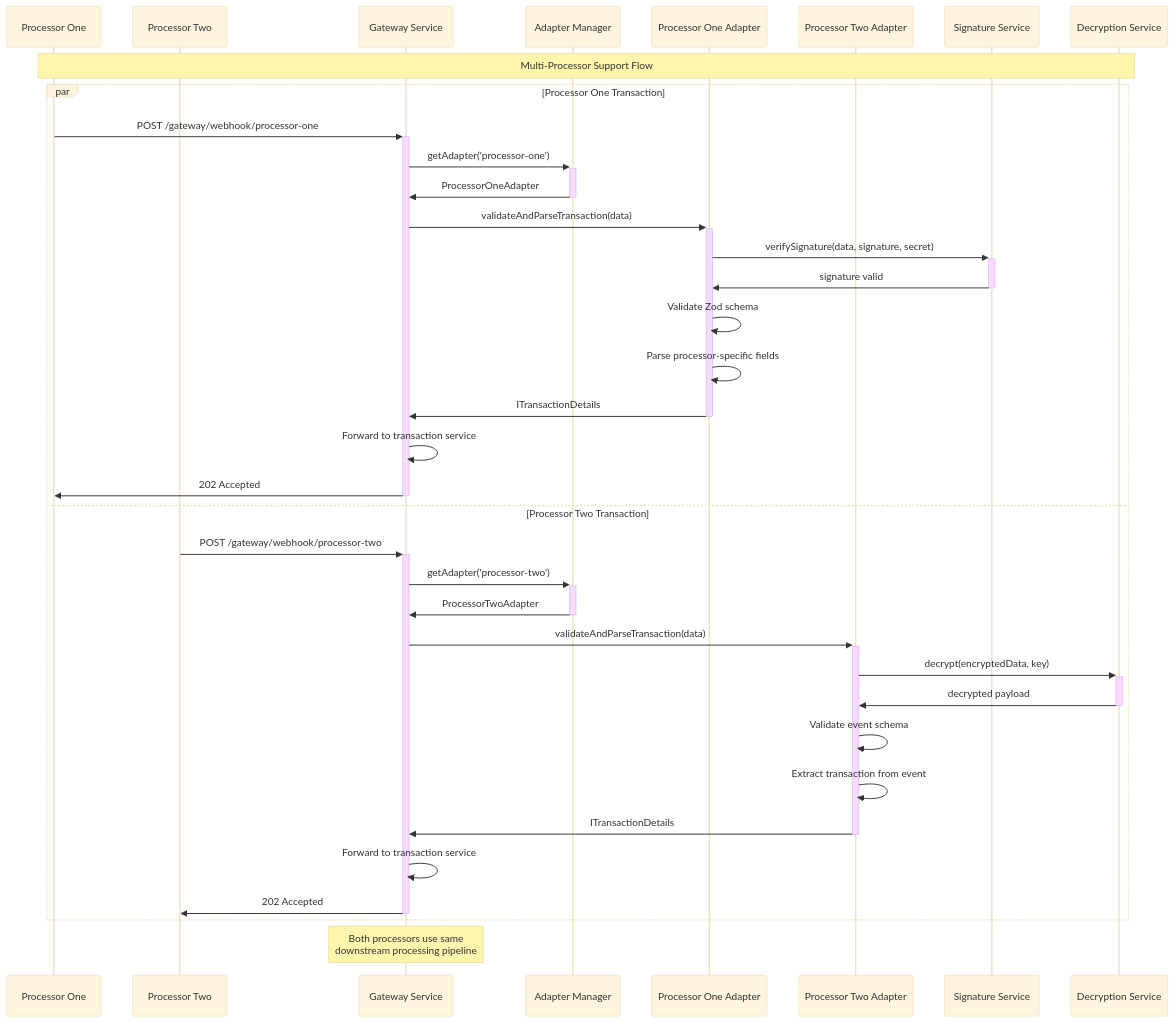
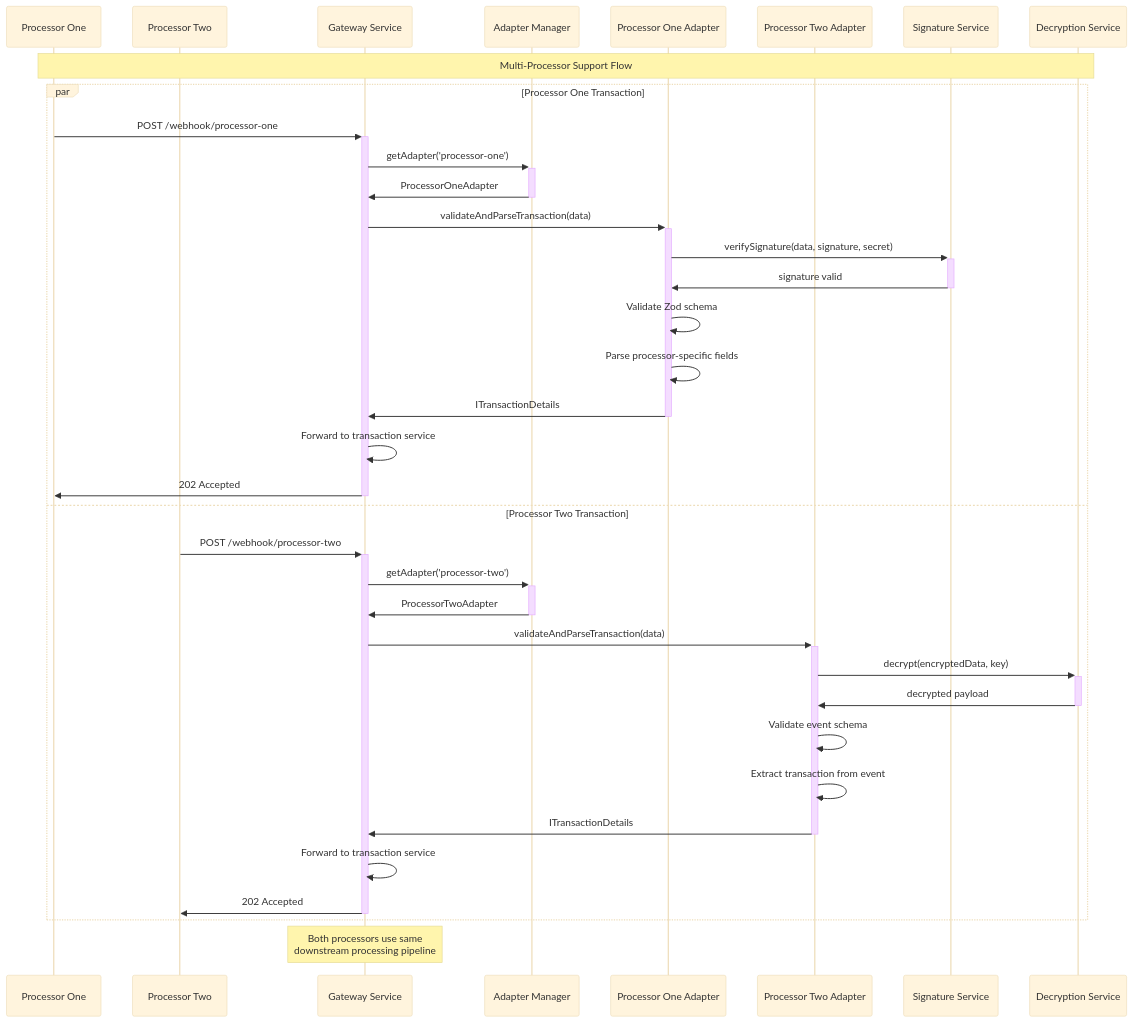
Before and after one commit to Abdallah-Zidan/pemo-task: the fourth of 6 diagrams in docs/SEQUENCE_DIAGRAMS.md, drawn with Mermaid (base theme). The commit also changed other lines of this file, not shown here.

Commit message:
feat: finalize sequence diagrams

````diff
--- a/docs/SEQUENCE_DIAGRAMS.md
+++ b/docs/SEQUENCE_DIAGRAMS.md
@@ -182,46 +182,46 @@
 ```mermaid
 sequenceDiagram
     participant PP1 as Processor One
     participant PP2 as Processor Two
     participant GW as Gateway Service
     participant AM as Adapter Manager
     participant PA1 as Processor One Adapter
     participant PA2 as Processor Two Adapter
     participant SV as Signature Service
     participant DS as Decryption Service
 
     Note over PP1,DS: Multi-Processor Support Flow
 
     par Processor One Transaction
-        PP1->>+GW: POST /gateway/webhook/processor-one
+        PP1->>+GW: POST /webhook/processor-one
         GW->>+AM: getAdapter('processor-one')
         AM->>-GW: ProcessorOneAdapter
         
         GW->>+PA1: validateAndParseTransaction(data)
         PA1->>+SV: verifySignature(data, signature, secret)
         SV->>-PA1: signature valid
         PA1->>PA1: Validate Zod schema
         PA1->>PA1: Parse processor-specific fields
         PA1->>-GW: ITransactionDetails
         
         GW->>GW: Forward to transaction service
         GW->>-PP1: 202 Accepted
 
     and Processor Two Transaction
-        PP2->>+GW: POST /gateway/webhook/processor-two
+        PP2->>+GW: POST /webhook/processor-two
         GW->>+AM: getAdapter('processor-two')
         AM->>-GW: ProcessorTwoAdapter
         
         GW->>+PA2: validateAndParseTransaction(data)
         PA2->>+DS: decrypt(encryptedData, key)
         DS->>-PA2: decrypted payload
         PA2->>PA2: Validate event schema
         PA2->>PA2: Extract transaction from event
         PA2->>-GW: ITransactionDetails
         
         GW->>GW: Forward to transaction service
         GW->>-PP2: 202 Accepted
     end
 
     Note over GW: Both processors use same<br/>downstream processing pipeline
 ```
````
